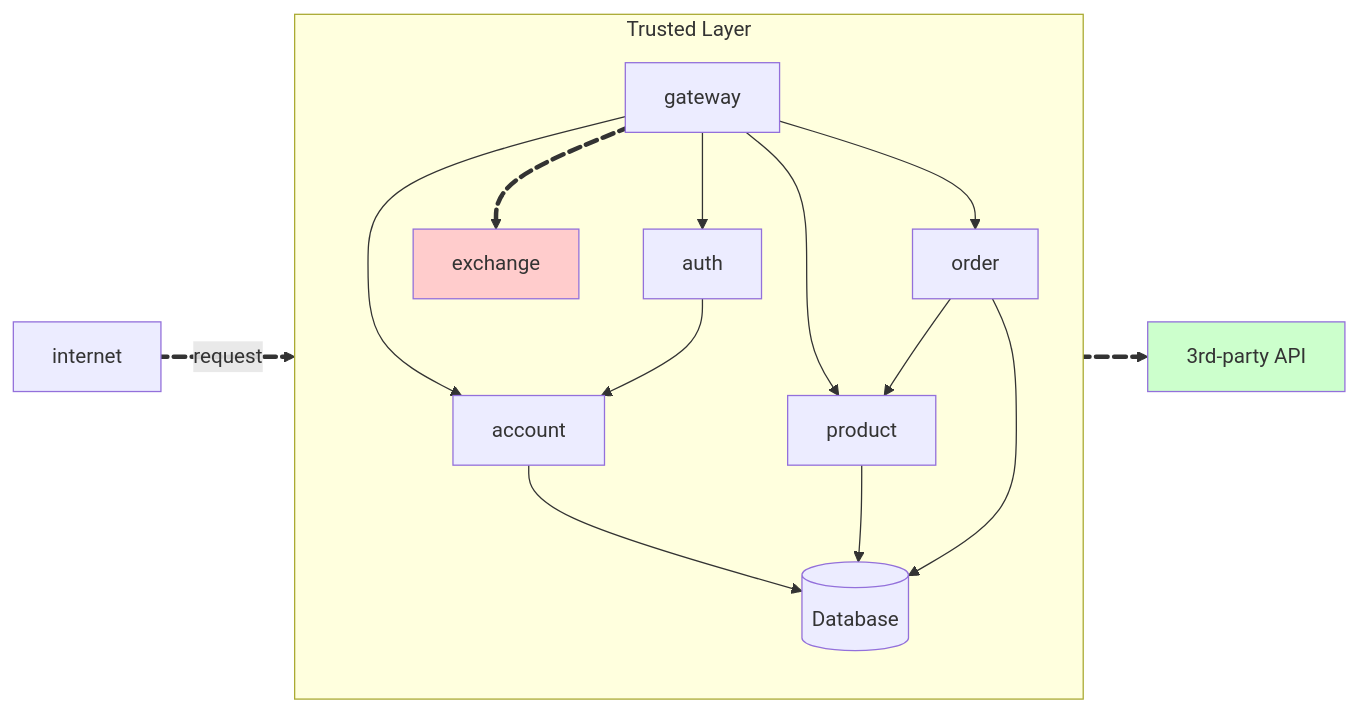
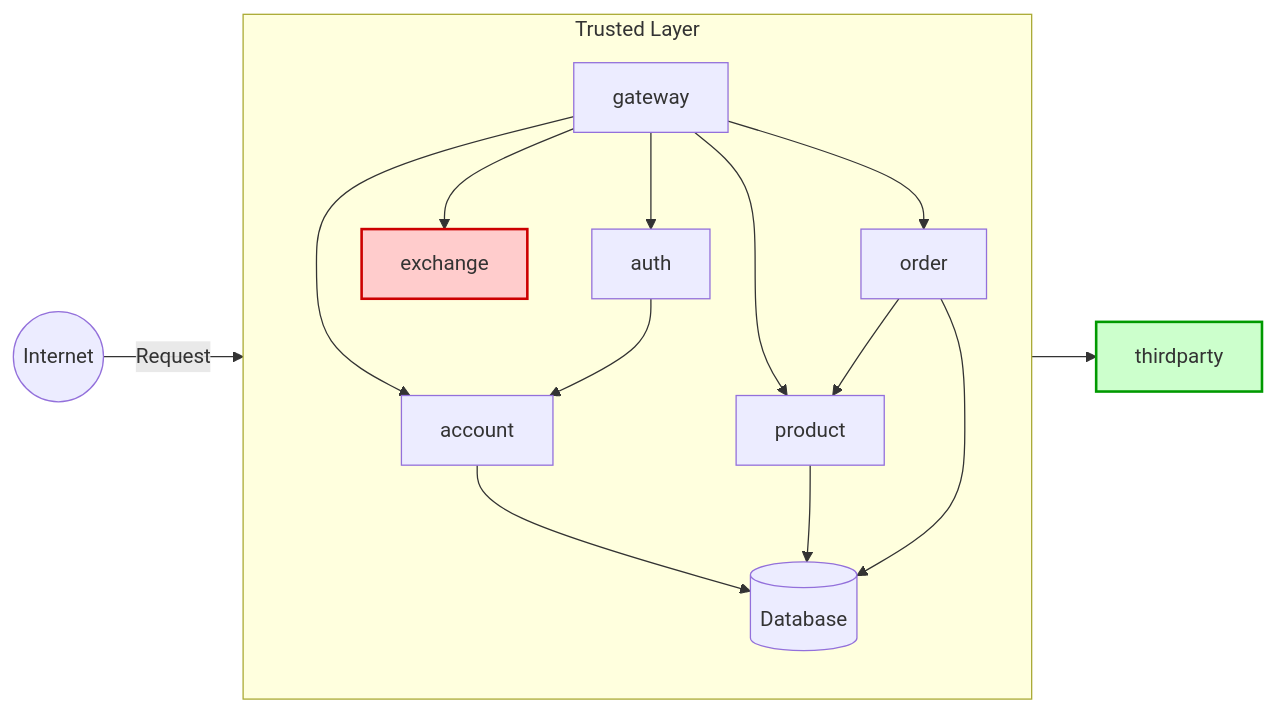
Before and after one commit to luabatepietro/pma_projeto: the diagram in docs/roteiro3/index.md, drawn with Mermaid. The commit also changed other lines of this file and 4 other files, not shown here.

````diff
--- a/docs/roteiro3/index.md
+++ b/docs/roteiro3/index.md
@@ -7,24 +9,24 @@
 ```mermaid
 flowchart LR
     subgraph api [Trusted Layer]
         direction TB
         gateway --> account
         gateway --> auth
-        account --> db@{ shape: cyl, label: "Database" }
+        account --> db[(Database)]
         auth --> account
-        gateway e1@==> exchange:::red
+        gateway --> exchange:::red
         gateway --> product
         gateway --> order
         product --> db
         order --> db
         order --> product
     end
-    exchange e3@==> 3partyapi:::green@{label: "3rd-party API"}
-    internet e2@==>|request| gateway
-    e1@{ animate: true }
-    e2@{ animate: true }
-    e3@{ animate: true }
-    classDef red fill:#fcc
-    classDef green fill:#cfc
-    click product "#product-api" "Product API"
+
+    exchange --> thirdparty:::green
+    internet((Internet)) -->|Request| gateway
+
+    classDef red fill:#fcc,stroke:#c00,stroke-width:2px;
+    classDef green fill:#cfc,stroke:#090,stroke-width:2px;
+
+    click exchange "#endpoint" "Exchange API"
 ```
````
